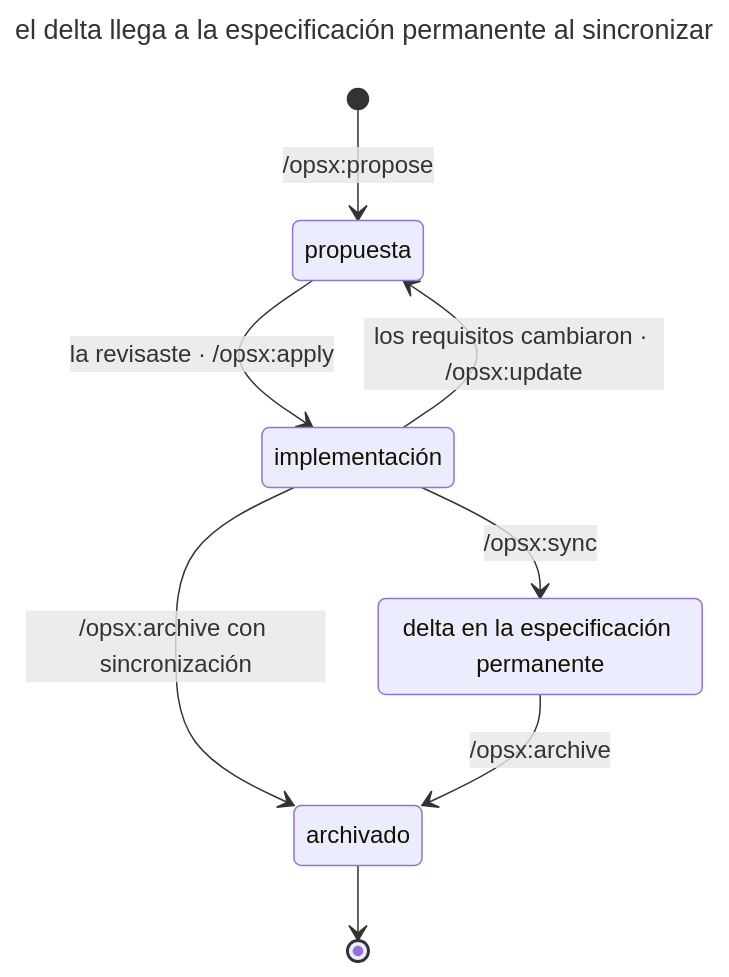
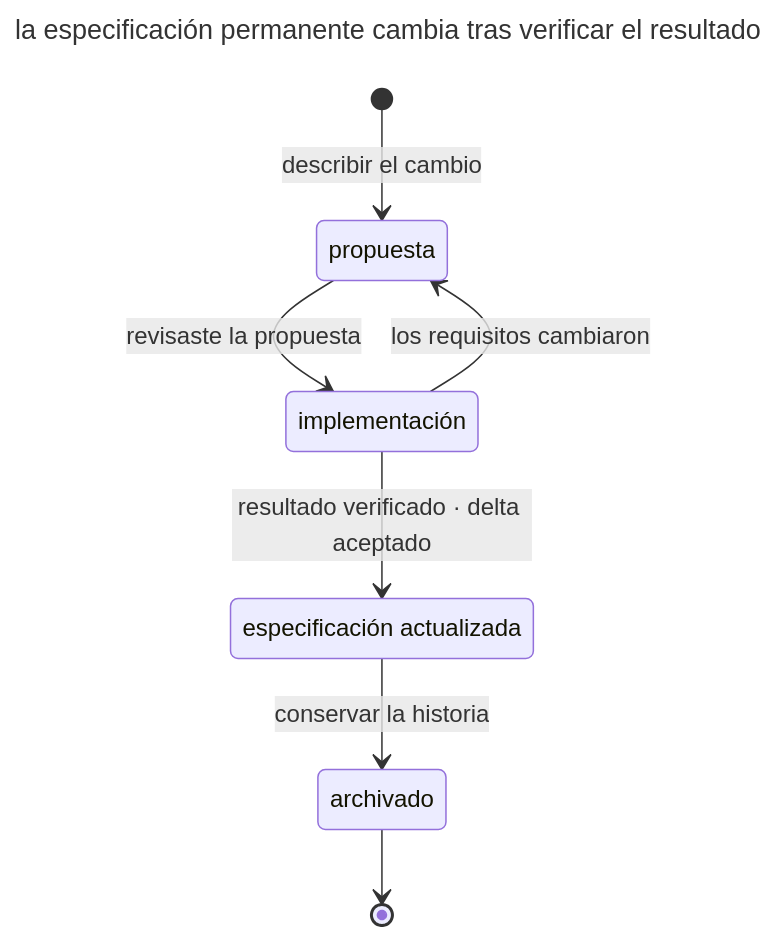
The diagram in book/es/openspec.md (mokevnin/agentic-coding-design-patterns), drawn with Mermaid before and after one commit. The commit also changed other lines of this file and 52 other files, not shown here.

````diff
--- a/book/es/openspec.md
+++ b/book/es/openspec.md
@@ -46,19 +28,18 @@
 ```mermaid
 ---
-title: el delta llega a la especificación permanente al sincronizar
+title: la especificación permanente cambia tras verificar el resultado
 ---
 stateDiagram-v2
   direction TB
   state "propuesta" as proposed
   state "implementación" as applying
-  state "delta en la especificación permanente" as synced
+  state "especificación actualizada" as synced
   state "archivado" as archived
   class synced accent
-  [*] --> proposed: /opsx:propose
-  proposed --> applying: la revisaste · /opsx:apply
-  applying --> proposed: los requisitos cambiaron · /opsx:update
-  applying --> synced: /opsx:sync
-  applying --> archived: /opsx:archive con sincronización
-  synced --> archived: /opsx:archive
+  [*] --> proposed: describir el cambio
+  proposed --> applying: revisaste la propuesta
+  applying --> proposed: los requisitos cambiaron
+  applying --> synced: resultado verificado · delta aceptado
+  synced --> archived: conservar la historia
   archived --> [*]
 ```
````
